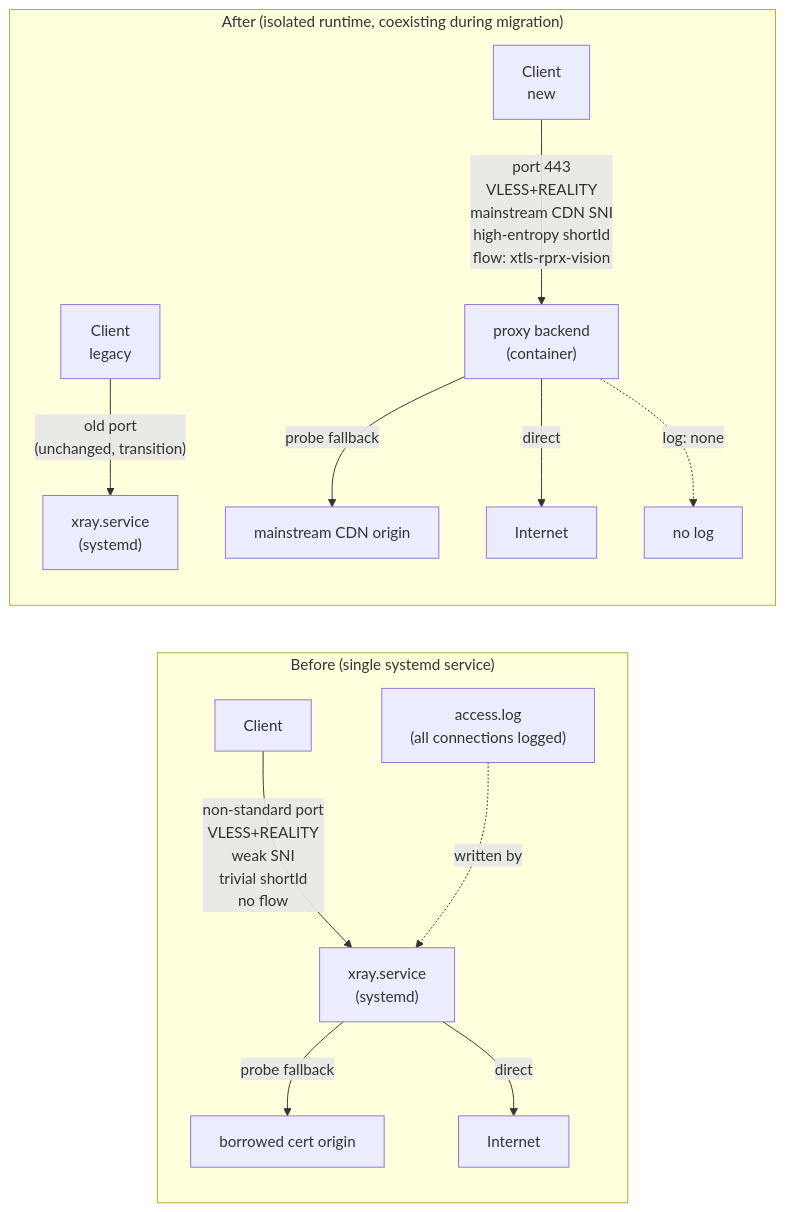
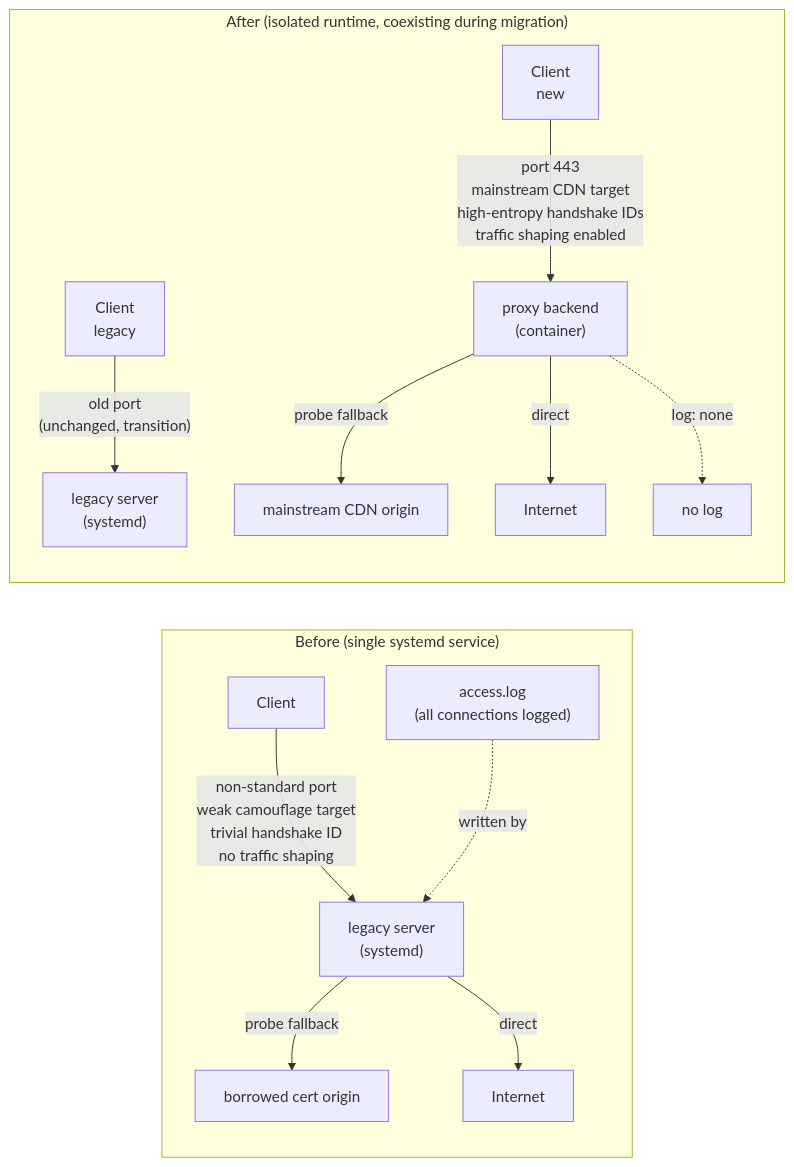
One commit to ethan0502/resilient-multiregion-proxy changed the first of 4 diagrams in docs/upgrade-log.md. Above: the diagram before and after it, drawn with Mermaid. The commit also changed other lines of this file and 6 other files, not shown here.

````diff
--- a/docs/upgrade-log.md
+++ b/docs/upgrade-log.md
@@ -7,19 +7,19 @@
 ```mermaid
 flowchart LR
     subgraph BEFORE["Before (single systemd service)"]
         direction TB
-        C1[Client] -->|"non-standard port\nVLESS+REALITY\nweak SNI\ntrivial shortId\nno flow"| S1["xray.service\n(systemd)"]
+        C1[Client] -->|"non-standard port\nweak camouflage target\ntrivial handshake ID\nno traffic shaping"| S1["legacy server\n(systemd)"]
         S1 -->|probe fallback| B1["borrowed cert origin"]
         S1 -->|direct| I1[Internet]
         L1["access.log\n(all connections logged)"] -.->|written by| S1
     end
 
     subgraph AFTER["After (isolated runtime, coexisting during migration)"]
         direction TB
-        C2[Client\nnew] -->|"port 443\nVLESS+REALITY\nmainstream CDN SNI\nhigh-entropy shortId\nflow: xtls-rprx-vision"| D1["proxy backend\n(container)"]
-        C3[Client\nlegacy] -->|"old port\n(unchanged, transition)"| S2["xray.service\n(systemd)"]
+        C2[Client\nnew] -->|"port 443\nmainstream CDN target\nhigh-entropy handshake IDs\ntraffic shaping enabled"| D1["proxy backend\n(container)"]
+        C3[Client\nlegacy] -->|"old port\n(unchanged, transition)"| S2["legacy server\n(systemd)"]
         D1 -->|probe fallback| B2["mainstream CDN origin"]
         D1 -->|direct| I2[Internet]
         D1 -.->|"log: none"| X1["no log"]
     end
 ```
````
